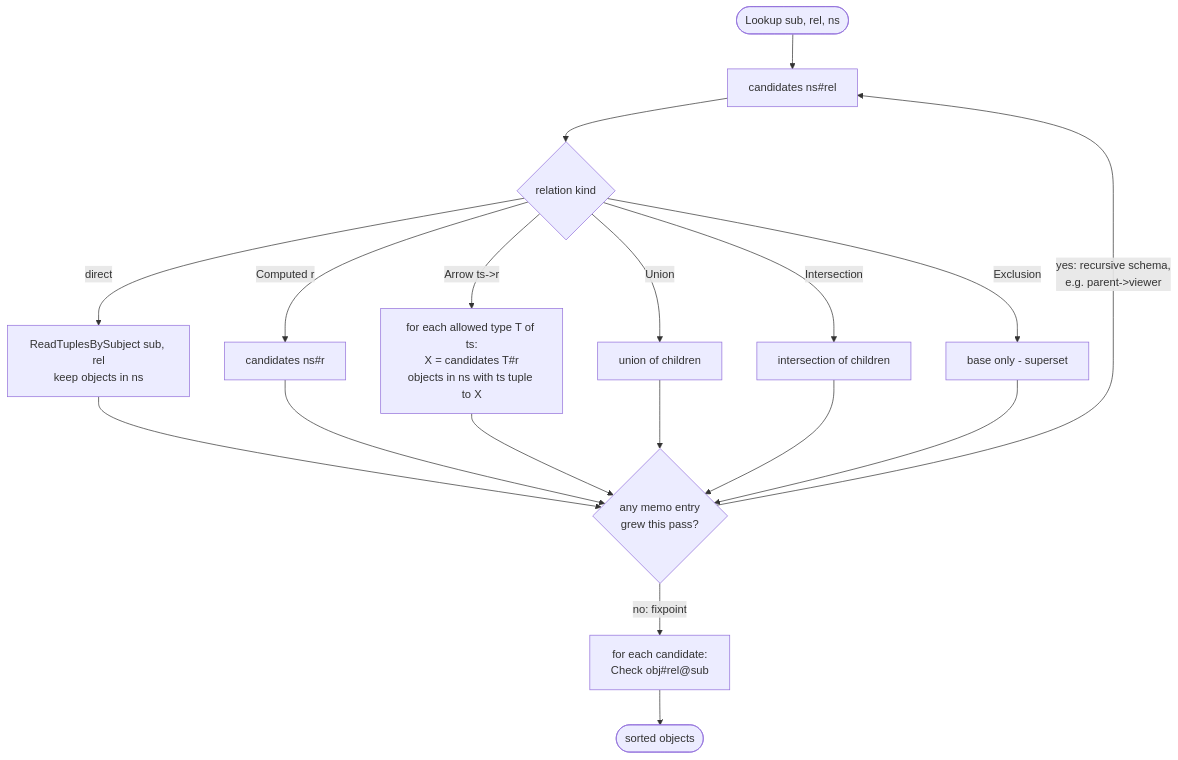
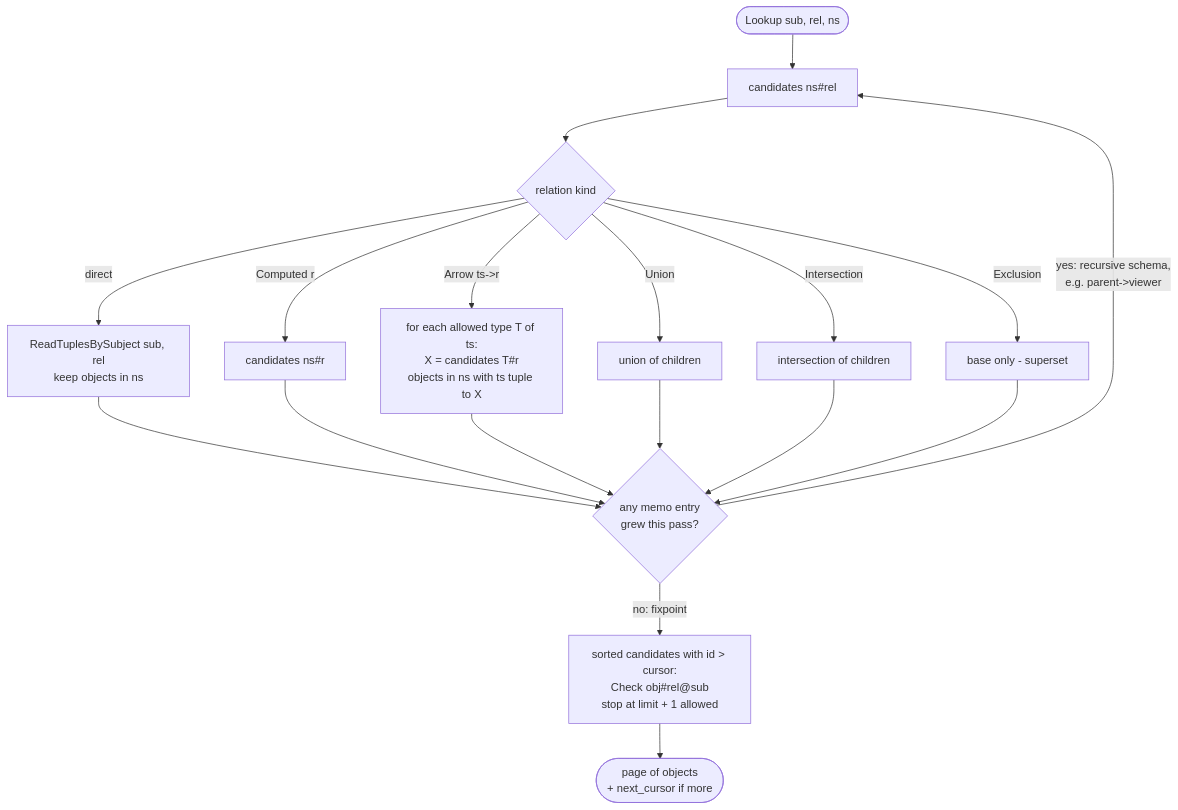
Before and after one commit to c4ptlevi/Margit: the fifth of 7 diagrams in ARCHITECTURE.md, drawn with Mermaid. The commit also changed other lines of this file and 1 other file, not shown here.

````diff
--- a/ARCHITECTURE.md
+++ b/ARCHITECTURE.md
@@ -187,15 +187,15 @@
 ```mermaid
 flowchart TD
     q([Lookup sub, rel, ns]) --> cand[candidates ns#rel]
     cand --> d{relation kind}
     d -->|direct| rev[ReadTuplesBySubject sub, rel<br/>keep objects in ns]
     d -->|Computed r| cr[candidates ns#r]
     d -->|Arrow ts->r| ar[for each allowed type T of ts:<br/>X = candidates T#r<br/>objects in ns with ts tuple to X]
     d -->|Union| un[union of children]
     d -->|Intersection| inn[intersection of children]
     d -->|Exclusion| ex[base only - superset]
     rev & cr & ar & un & inn & ex --> fix{any memo entry<br/>grew this pass?}
     fix -->|yes: recursive schema,<br/>e.g. parent->viewer| cand
-    fix -->|no: fixpoint| filter[for each candidate:<br/>Check obj#rel@sub]
-    filter --> out([sorted objects])
+    fix -->|no: fixpoint| filter[sorted candidates with id > cursor:<br/>Check obj#rel@sub<br/>stop at limit + 1 allowed]
+    filter --> out([page of objects<br/>+ next_cursor if more])
 ```
````
